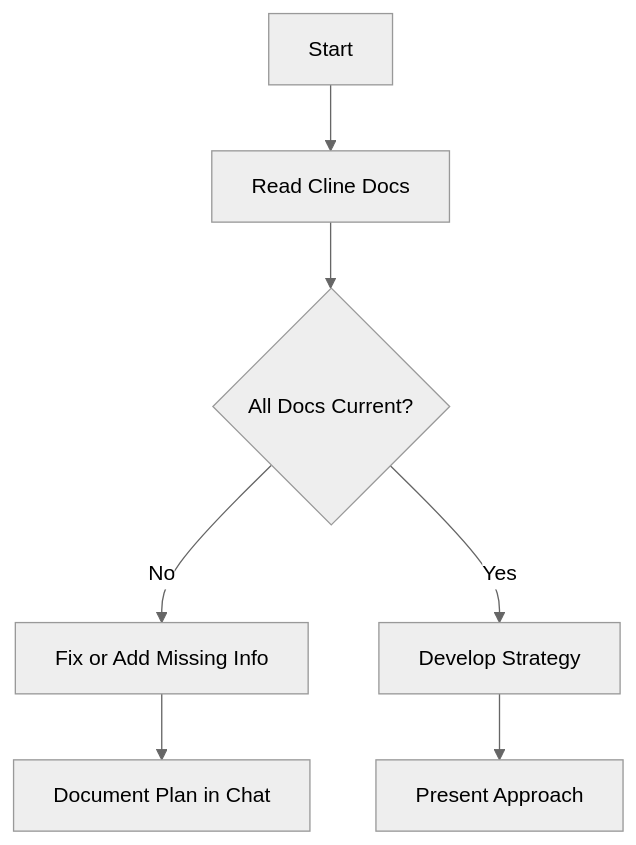
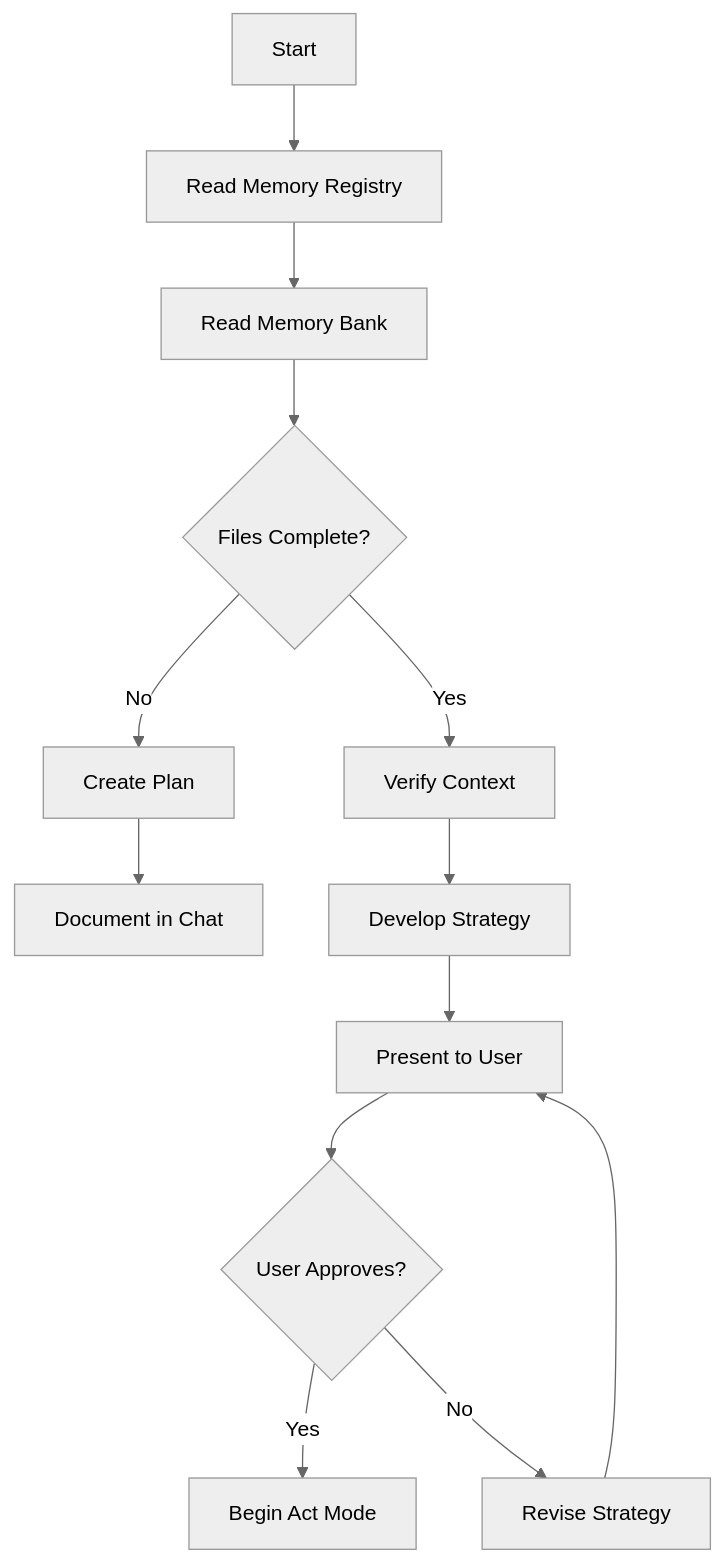
The second of 5 diagrams in Dan_Notes/Cline_Instructions_Windows_Conda.md (Inkmortal/LLM_Benchmarking), drawn with Mermaid (neutral theme) before and after one commit. The commit also changed other lines of this file and 16 other files, not shown here.

````diff
--- a/Dan_Notes/Cline_Instructions_Windows_Conda.md
+++ b/Dan_Notes/Cline_Instructions_Windows_Conda.md
@@ -68,11 +76,17 @@
 ```mermaid
 flowchart TD
-    Start[Start] --> ReadDocs[Read Cline Docs]
-    ReadDocs --> CheckDocs{All Docs Current?}
+    Start[Start] --> Registry[Read Memory Registry]
+    Registry --> ReadFiles[Read Memory Bank]
+    ReadFiles --> CheckFiles{Files Complete?}
     
-    CheckDocs -->|No| UpdateDocs[Fix or Add Missing Info]
-    UpdateDocs --> DocumentPlan[Document Plan in Chat]
+    CheckFiles -->|No| Plan[Create Plan]
+    Plan --> Document[Document in Chat]
     
-    CheckDocs -->|Yes| Strategy[Develop Strategy]
-    Strategy --> Present[Present Approach]
+    CheckFiles -->|Yes| Verify[Verify Context]
+    Verify --> Strategy[Develop Strategy]
+    Strategy --> Present[Present to User]
+    Present --> Confirm{User Approves?}
+    Confirm -->|Yes| Begin[Begin Act Mode]
+    Confirm -->|No| Revise[Revise Strategy]
+    Revise --> Present
 ```
````
